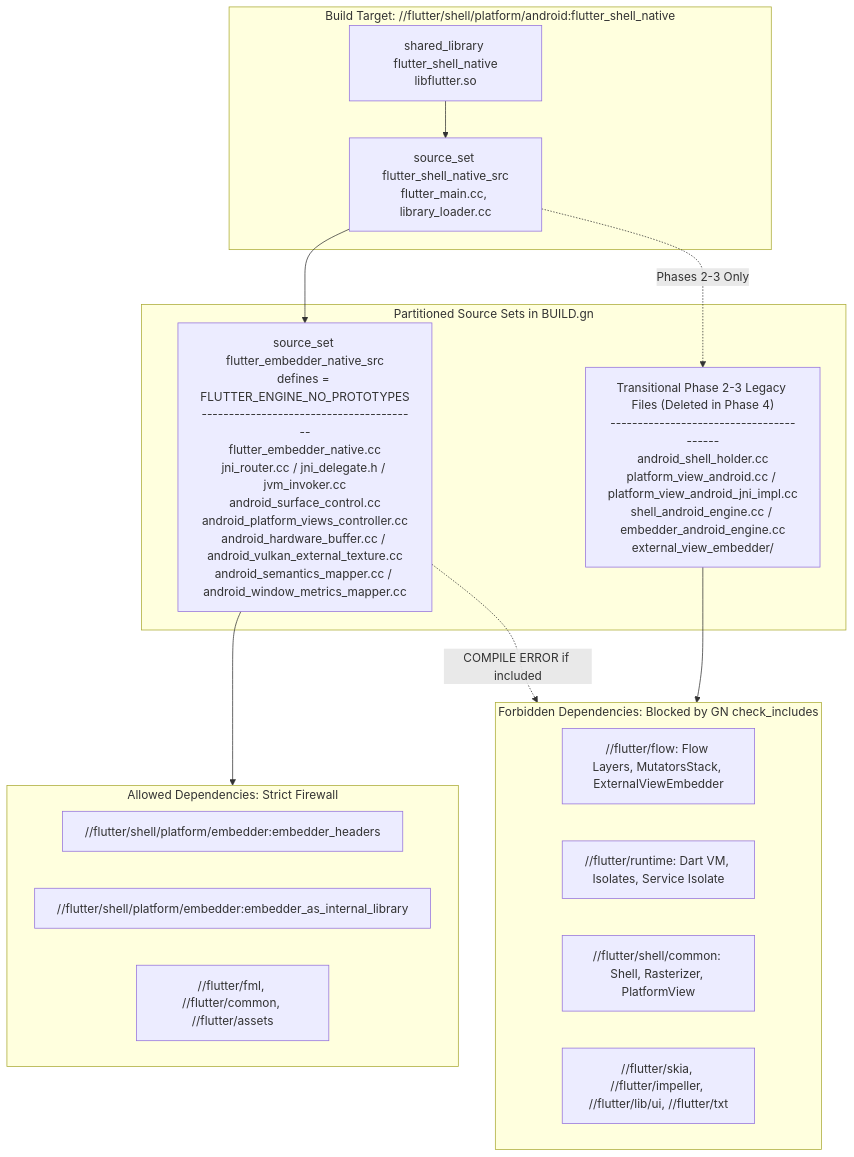
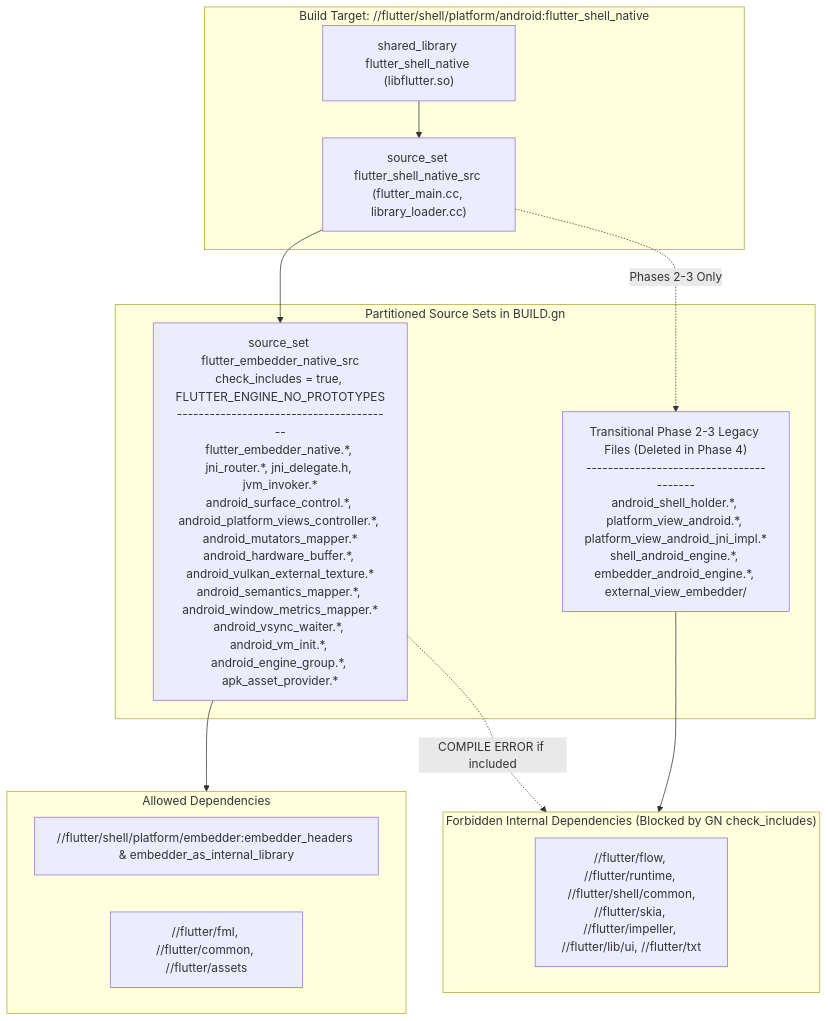
One commit to flutter/rfc changed diagram 14 of 16 in rfc/410.0000-flutter-android-embedder-c-api-migration.md. Above: the diagram before and after it, drawn with Mermaid. The commit also changed other lines of this file, not shown here.

Commit message:
Hatch any unnecessary context and simplify with sequence diagram

````diff
--- a/rfc/410.0000-flutter-android-embedder-c-api-migration.md
+++ b/rfc/410.0000-flutter-android-embedder-c-api-migration.md
@@ -1990,34 +1274,28 @@
 ```mermaid
 flowchart TD
     subgraph BuildTarget["Build Target: //flutter/shell/platform/android:flutter_shell_native"]
-        SharedLib["shared_library flutter_shell_native<br/>libflutter.so"]
-        ShellSrc["source_set flutter_shell_native_src<br/>flutter_main.cc, library_loader.cc"]
+        SharedLib["shared_library flutter_shell_native (libflutter.so)"]
+        ShellSrc["source_set flutter_shell_native_src (flutter_main.cc, library_loader.cc)"]
     end
 
     subgraph SourceSets["Partitioned Source Sets in BUILD.gn"]
-        CAPISourceSet["source_set flutter_embedder_native_src<br/>defines = FLUTTER_ENGINE_NO_PROTOTYPES<br/>----------------------------------------<br/>flutter_embedder_native.cc<br/>jni_router.cc / jni_delegate.h / jvm_invoker.cc<br/>android_surface_control.cc<br/>android_platform_views_controller.cc<br/>android_hardware_buffer.cc / android_vulkan_external_texture.cc<br/>android_semantics_mapper.cc / android_window_metrics_mapper.cc"]
-        LegacySourceSet["Transitional Phase 2-3 Legacy Files (Deleted in Phase 4)<br/>----------------------------------------<br/>android_shell_holder.cc<br/>platform_view_android.cc / platform_view_android_jni_impl.cc<br/>shell_android_engine.cc / embedder_android_engine.cc<br/>external_view_embedder/"]
+        CAPISourceSet["source_set flutter_embedder_native_src<br/>check_includes = true, FLUTTER_ENGINE_NO_PROTOTYPES<br/>----------------------------------------<br/>flutter_embedder_native.*, jni_router.*, jni_delegate.h, jvm_invoker.*<br/>android_surface_control.*, android_platform_views_controller.*, android_mutators_mapper.*<br/>android_hardware_buffer.*, android_vulkan_external_texture.*<br/>android_semantics_mapper.*, android_window_metrics_mapper.*<br/>android_vsync_waiter.*, android_vm_init.*, android_engine_group.*, apk_asset_provider.*"]
+        LegacySourceSet["Transitional Phase 2-3 Legacy Files (Deleted in Phase 4)<br/>----------------------------------------<br/>android_shell_holder.*, platform_view_android.*, platform_view_android_jni_impl.*<br/>shell_android_engine.*, embedder_android_engine.*, external_view_embedder/"]
     end
 
-    subgraph AllowedCAPIDeps["Allowed Dependencies: Strict Firewall"]
-        EmbedderHeaders["//flutter/shell/platform/embedder:embedder_headers"]
-        EmbedderLib["//flutter/shell/platform/embedder:embedder_as_internal_library"]
+    subgraph AllowedCAPIDeps["Allowed Dependencies"]
+        EmbedderHeaders["//flutter/shell/platform/embedder:embedder_headers & embedder_as_internal_library"]
         FML["//flutter/fml, //flutter/common, //flutter/assets"]
     end
 
-    subgraph ForbiddenCAPIDeps["Forbidden Dependencies: Blocked by GN check_includes"]
-        Flow["//flutter/flow: Flow Layers, MutatorsStack, ExternalViewEmbedder"]
-        Runtime["//flutter/runtime: Dart VM, Isolates, Service Isolate"]
-        ShellCommon["//flutter/shell/common: Shell, Rasterizer, PlatformView"]
-        SkiaImpeller["//flutter/skia, //flutter/impeller, //flutter/lib/ui, //flutter/txt"]
+    subgraph ForbiddenCAPIDeps["Forbidden Internal Dependencies (Blocked by GN check_includes)"]
+        Internal["//flutter/flow, //flutter/runtime, //flutter/shell/common,<br/>//flutter/skia, //flutter/impeller, //flutter/lib/ui, //flutter/txt"]
     end
 
     SharedLib --> ShellSrc
     ShellSrc --> CAPISourceSet
     ShellSrc -.->|Phases 2-3 Only| LegacySourceSet
-
     CAPISourceSet --> AllowedCAPIDeps
     CAPISourceSet -.->|COMPILE ERROR if included| ForbiddenCAPIDeps
-
     LegacySourceSet --> ForbiddenCAPIDeps
 ```
````
